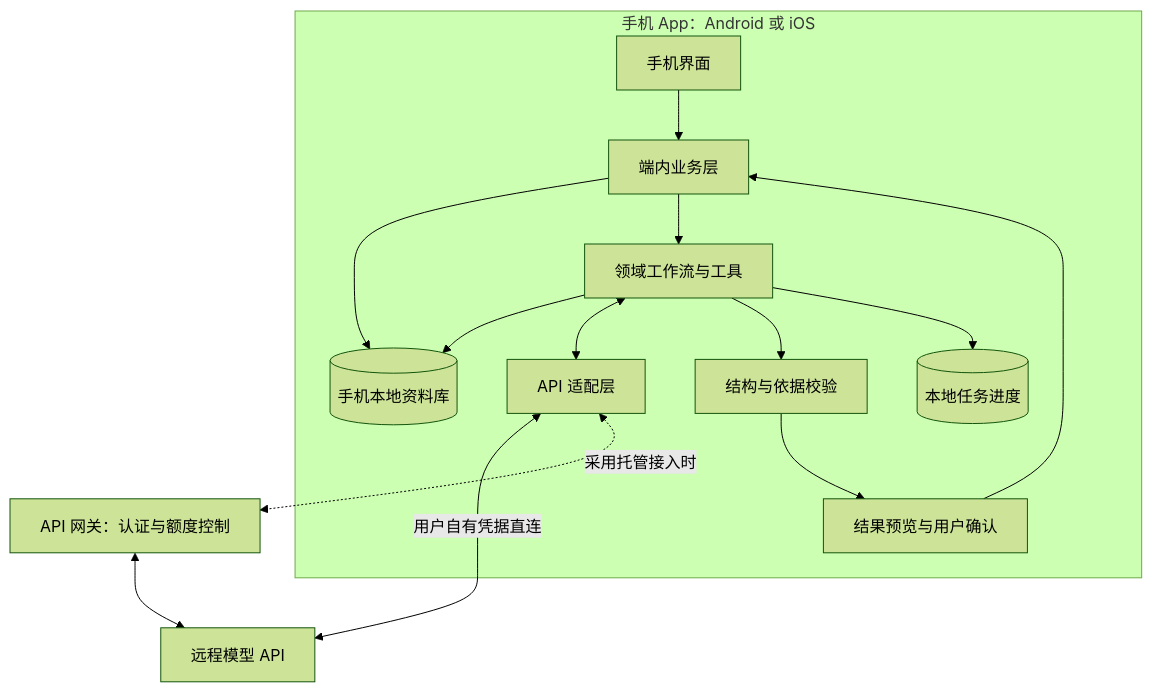
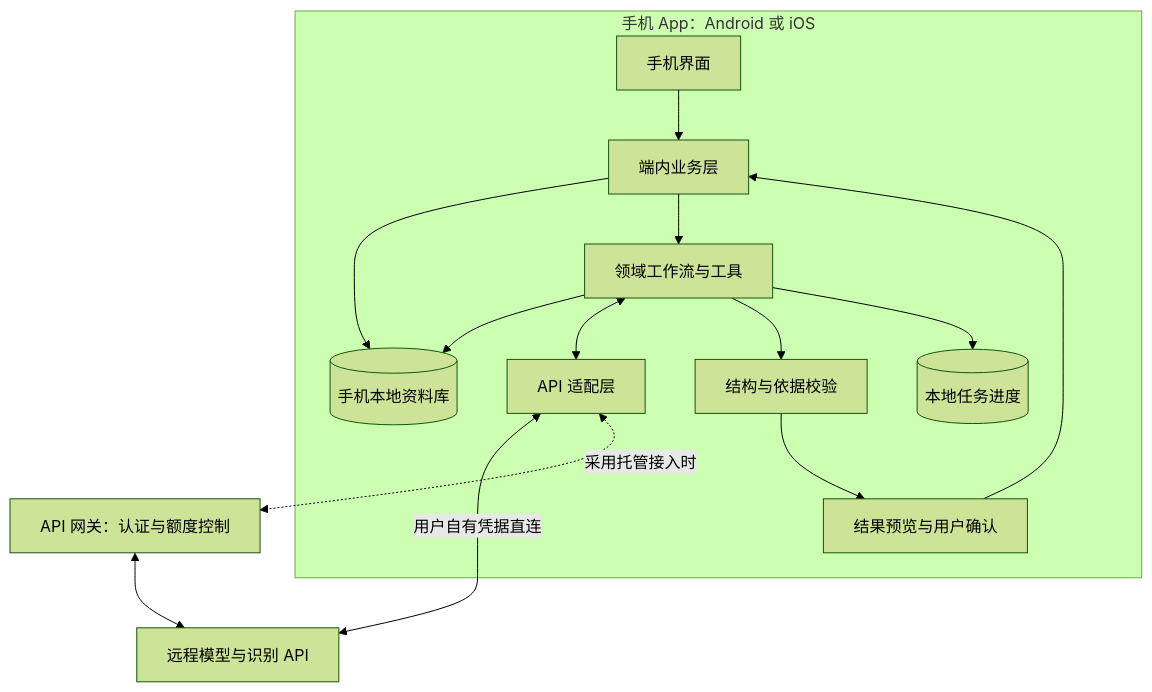
One commit to 155TuT/2601-fzu-SoftwareEngineering-YuezhongWu changed the second of 3 diagrams in homework/team/task5/ans/prd.md. Above: the diagram before and after it, drawn with Mermaid (forest theme). The commit also changed other lines of this file, not shown here.

````diff
--- a/homework/team/task5/ans/prd.md
+++ b/homework/team/task5/ans/prd.md
@@ -307,17 +317,17 @@
 ```mermaid
 flowchart TB
     subgraph Phone[手机 App：Android 或 iOS]
         UI[手机界面] --> Biz[端内业务层]
         Biz --> Data[(手机本地资料库)]
         Biz --> Flow[领域工作流与工具]
         Flow --> Data
         Flow <--> Adapter[API 适配层]
         Flow --> Check[结构与依据校验]
         Check --> Draft[结果预览与用户确认]
         Draft --> Biz
         Flow --> State[(本地任务进度)]
     end
-    Adapter <-->|用户自有凭据直连| Model[远程模型 API]
+    Adapter <-->|用户自有凭据直连| Model[远程模型与识别 API]
     Adapter <-.->|采用托管接入时| Gateway[API 网关：认证与额度控制]
     Gateway <--> Model
 ```
````
